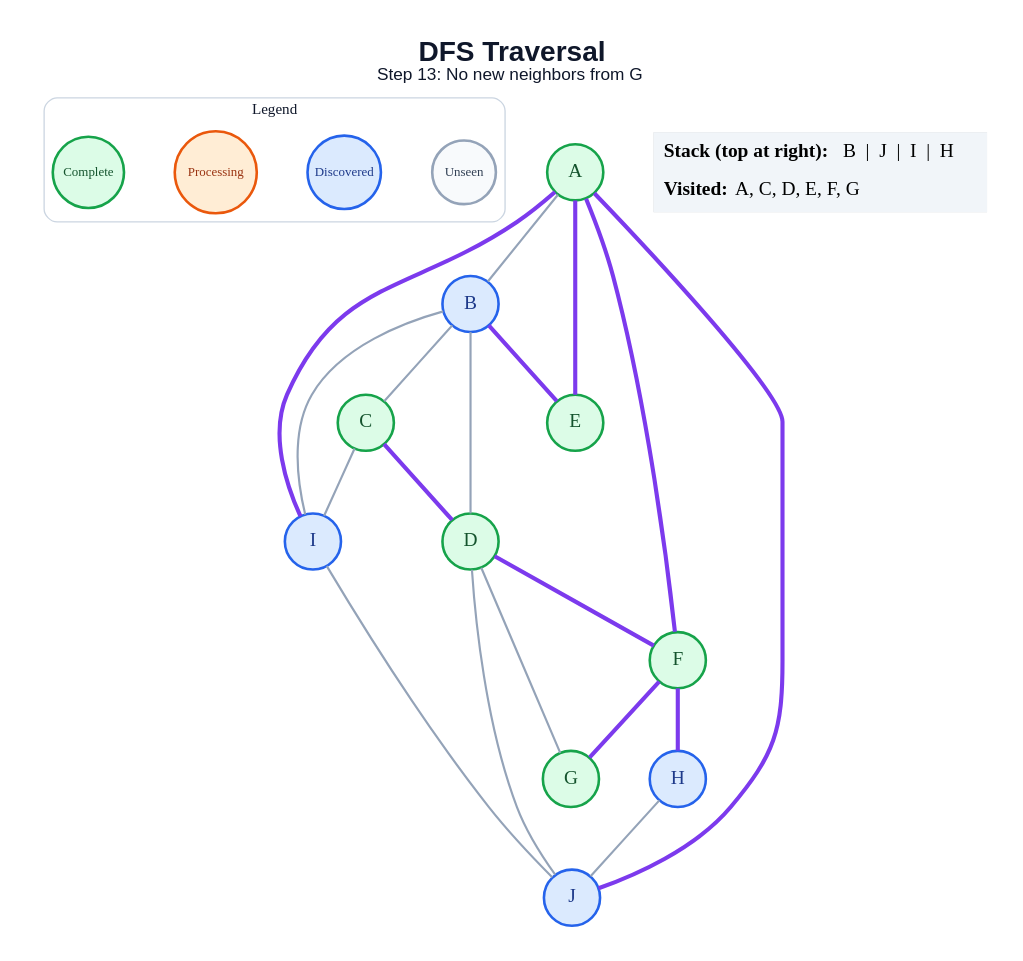
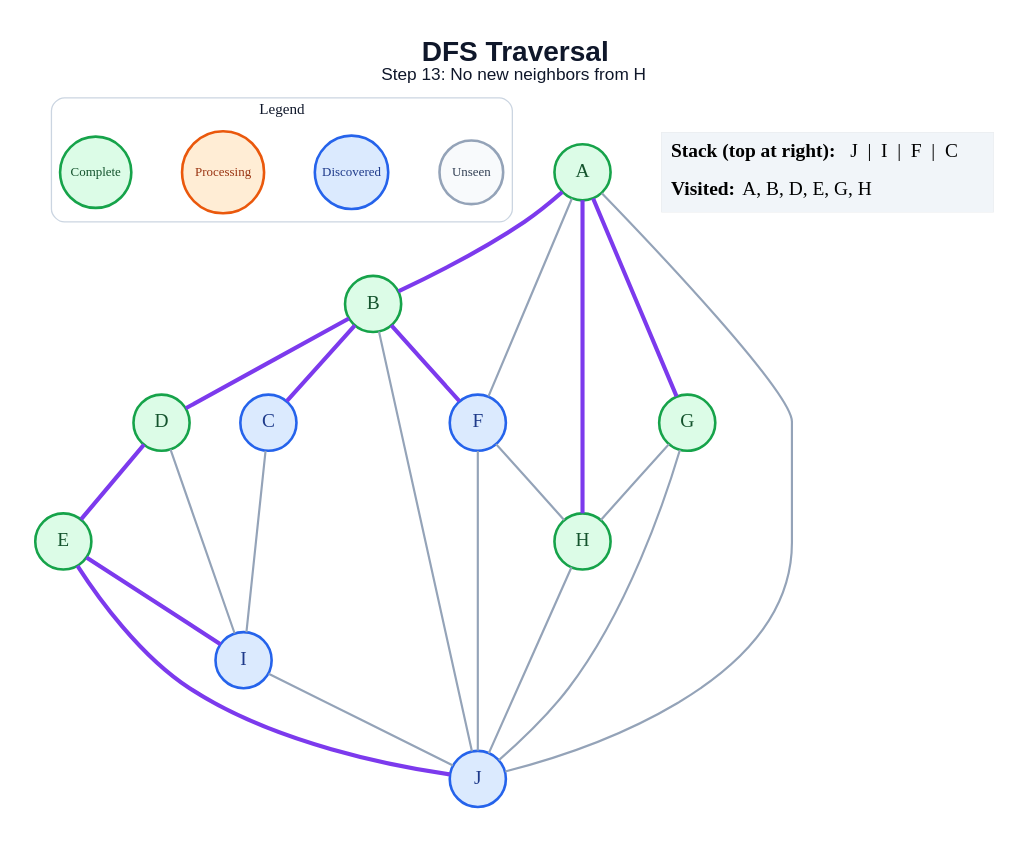
One commit to anon7238593-create/ai-slop changed the diagram in generated/specific-node/dfs/step_13.dot. Above: the diagram before and after it, drawn with Graphviz. The commit also changed 178 other files, not shown here.

```diff
--- a/generated/specific-node/dfs/step_13.dot
+++ b/generated/specific-node/dfs/step_13.dot
@@ -1,47 +1,49 @@
 graph traversal {
   graph [layout=dot, rankdir=TB, bgcolor="#FFFFFF", pad="0.35", nodesep="0.65", ranksep="0.8", fontname="Arial"];
   node [shape=circle, style="filled", fontname="Arial Bold", fontsize=18, width=0.72, fixedsize=true, penwidth=2.4];
   edge [color="#94A3B8", penwidth=2.0];
-  label=<<B>DFS Traversal</B><BR/><FONT POINT-SIZE="16">Step 13: No new neighbors from G</FONT>>; labelloc="t"; fontsize=26; fontname="Arial"; fontcolor="#0F172A";
+  label=<<B>DFS Traversal</B><BR/><FONT POINT-SIZE="16">Step 13: No new neighbors from H</FONT>>; labelloc="t"; fontsize=26; fontname="Arial"; fontcolor="#0F172A";
   subgraph cluster_legend { label="Legend"; color="#CBD5E1"; penwidth=1.2; style="rounded"; fontsize=14; fontname="Arial Bold";
     key_unseen [label="Unseen", fillcolor="#F8FAFC", color="#94A3B8", fontcolor="#334155", fontsize=12, width=0.82];
     key_frontier [label="Discovered", fillcolor="#DBEAFE", color="#2563EB", fontcolor="#1E3A8A", fontsize=12, width=0.95];
     key_current [label="Processing", fillcolor="#FFEDD5", color="#EA580C", fontcolor="#9A3412", fontsize=12, width=1.05];
     key_done [label="Complete", fillcolor="#DCFCE7", color="#16A34A", fontcolor="#14532D", fontsize=12, width=0.92];
     { rank=same; key_unseen; key_frontier; key_current; key_done; }
   }
   A [fillcolor="#DCFCE7", color="#16A34A", fontcolor="#14532D"];
-  B [fillcolor="#DBEAFE", color="#2563EB", fontcolor="#1E3A8A"];
-  C [fillcolor="#DCFCE7", color="#16A34A", fontcolor="#14532D"];
+  B [fillcolor="#DCFCE7", color="#16A34A", fontcolor="#14532D"];
+  C [fillcolor="#DBEAFE", color="#2563EB", fontcolor="#1E3A8A"];
   D [fillcolor="#DCFCE7", color="#16A34A", fontcolor="#14532D"];
   E [fillcolor="#DCFCE7", color="#16A34A", fontcolor="#14532D"];
-  F [fillcolor="#DCFCE7", color="#16A34A", fontcolor="#14532D"];
+  F [fillcolor="#DBEAFE", color="#2563EB", fontcolor="#1E3A8A"];
   G [fillcolor="#DCFCE7", color="#16A34A", fontcolor="#14532D"];
-  H [fillcolor="#DBEAFE", color="#2563EB", fontcolor="#1E3A8A"];
+  H [fillcolor="#DCFCE7", color="#16A34A", fontcolor="#14532D"];
   I [fillcolor="#DBEAFE", color="#2563EB", fontcolor="#1E3A8A"];
   J [fillcolor="#DBEAFE", color="#2563EB", fontcolor="#1E3A8A"];
-  A -- B;
-  A -- E [color="#7C3AED", penwidth=3.8];
-  A -- F [color="#7C3AED", penwidth=3.8];
-  A -- I [color="#7C3AED", penwidth=3.8];
-  A -- J [color="#7C3AED", penwidth=3.8];
-  B -- C;
-  B -- D;
-  B -- E [color="#7C3AED", penwidth=3.8];
-  B -- I;
-  C -- D [color="#7C3AED", penwidth=3.8];
+  A -- B [color="#7C3AED", penwidth=3.8];
+  A -- F;
+  A -- G [color="#7C3AED", penwidth=3.8];
+  A -- H [color="#7C3AED", penwidth=3.8];
+  A -- J;
+  B -- C [color="#7C3AED", penwidth=3.8];
+  B -- D [color="#7C3AED", penwidth=3.8];
+  B -- F [color="#7C3AED", penwidth=3.8];
+  B -- J;
   C -- I;
-  D -- F [color="#7C3AED", penwidth=3.8];
-  D -- G;
-  D -- J;
-  F -- G [color="#7C3AED", penwidth=3.8];
-  F -- H [color="#7C3AED", penwidth=3.8];
+  D -- E [color="#7C3AED", penwidth=3.8];
+  D -- I;
+  E -- I [color="#7C3AED", penwidth=3.8];
+  E -- J [color="#7C3AED", penwidth=3.8];
+  F -- H;
+  F -- J;
+  G -- H;
+  G -- J;
   H -- J;
   I -- J;
   status [shape=plain, fixedsize=false, width=0, height=0, margin=0, label=<
     <TABLE BORDER="0" CELLBORDER="0" CELLPADDING="7" BGCOLOR="#F1F5F9">
-      <TR><TD ALIGN="LEFT"><B>Stack (top at right):</B> B  |  J  |  I  |  H</TD></TR>
-      <TR><TD ALIGN="LEFT"><B>Visited:</B> A, C, D, E, F, G</TD></TR>
+      <TR><TD ALIGN="LEFT"><B>Stack (top at right):</B> J  |  I  |  F  |  C</TD></TR>
+      <TR><TD ALIGN="LEFT"><B>Visited:</B> A, B, D, E, G, H</TD></TR>
     </TABLE>
   >];
 }
```
